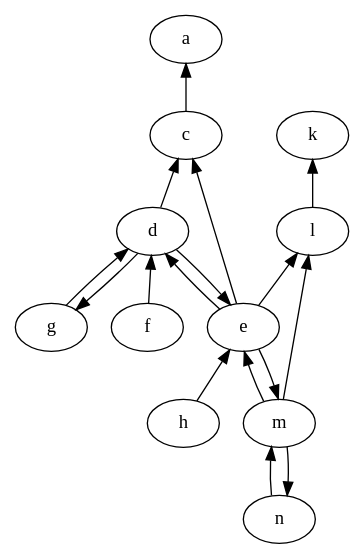
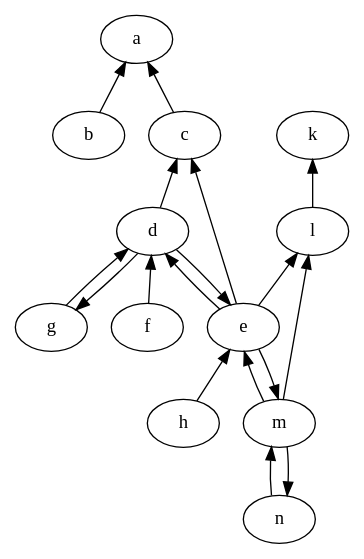
One commit to idaks/Games-and-Argumentation changed the diagram in lib/graphs/attack_graph.dot. Above: the diagram before and after it, drawn with Graphviz. The commit also changed 26 other files, not shown here.

```diff
--- a/lib/graphs/attack_graph.dot
+++ b/lib/graphs/attack_graph.dot
@@ -1,18 +1,19 @@
 digraph G {
     "a" -> "c" [dir=back];
+    "a" -> "b" [dir=back];
     "k" -> "l" [dir=back];
     "c" -> "d" [dir=back];
     "c" -> "e" [dir=back];
     "l" -> "e" [dir=back];
     "l" -> "m" [dir=back];
     "d" -> "e" [dir=back];
     "e" -> "d" [dir=back];
     "e" -> "m" [dir=back];
     "m" -> "e" [dir=back];
     "d" -> "f" [dir=back];
     "d" -> "g" [dir=back];
     "g" -> "d" [dir=back];
     "e" -> "h" [dir=back];
     "m" -> "n" [dir=back];
     "n" -> "m" [dir=back];
 }
```
